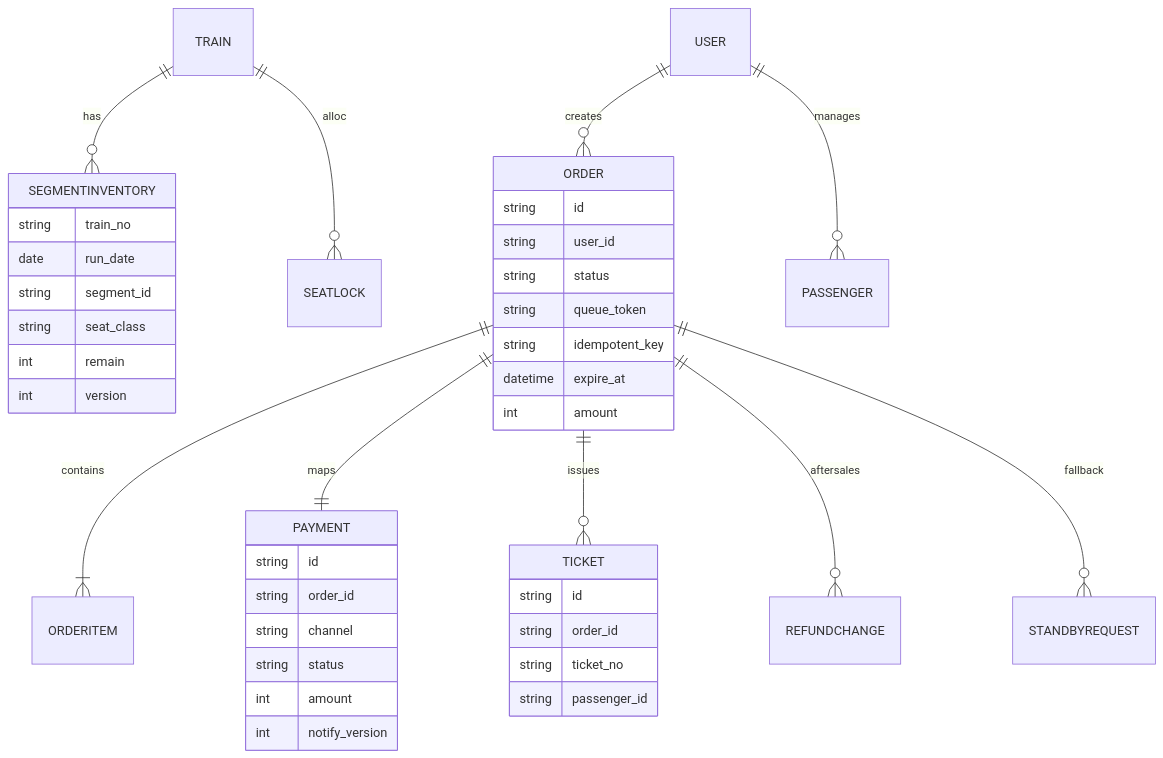
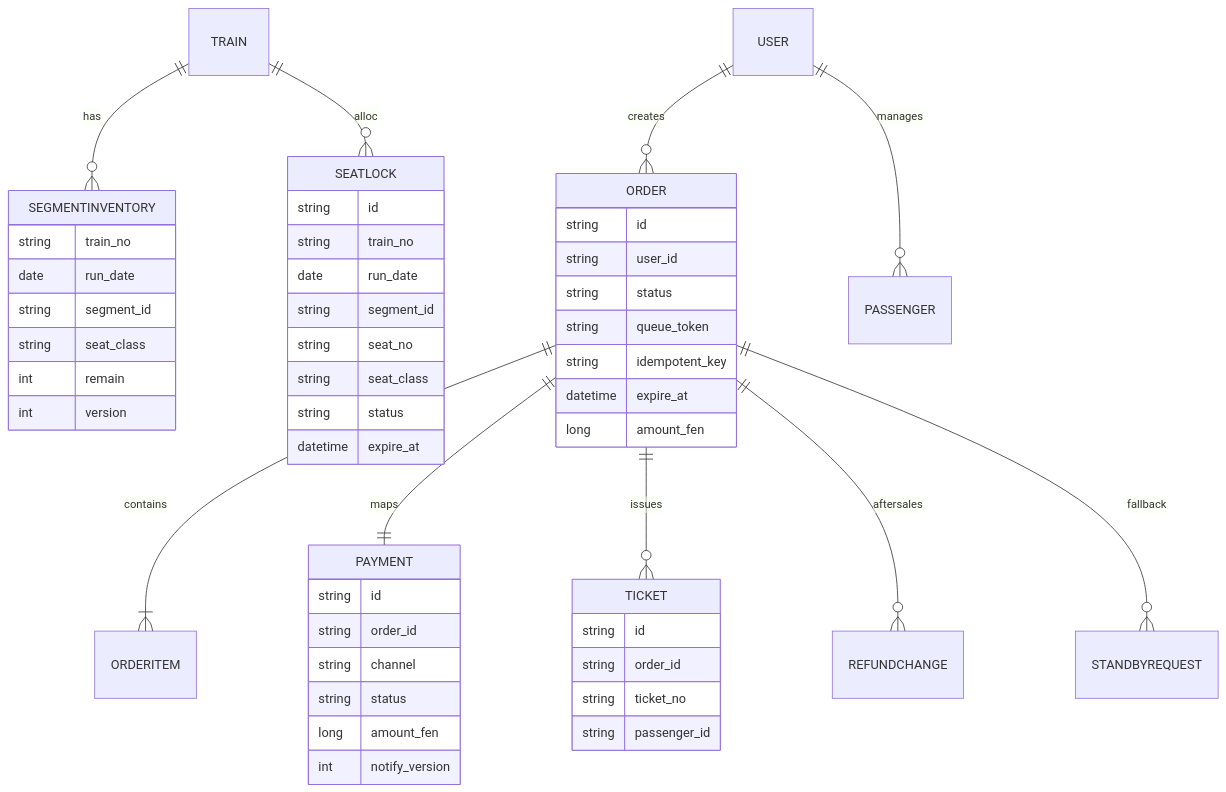
Before and after one commit to nextnine/12306: the third of 5 diagrams in 12306/architectural_design_v2.md, drawn with Mermaid. The commit also changed other lines of this file and 1 other file, not shown here.

Commit message:
Align payment flows and amount types across docs

````diff
--- a/12306/architectural_design_v2.md
+++ b/12306/architectural_design_v2.md
@@ -308,43 +222,53 @@
 ```mermaid
 erDiagram
   TRAIN ||--o{ SEGMENTINVENTORY : has
   TRAIN ||--o{ SEATLOCK : alloc
   ORDER ||--|{ ORDERITEM : contains
   ORDER ||--|| PAYMENT : maps
   ORDER ||--o{ TICKET : issues
   ORDER ||--o{ REFUNDCHANGE : aftersales
   ORDER ||--o{ STANDBYREQUEST : fallback
   USER ||--o{ ORDER : creates
   USER ||--o{ PASSENGER : manages
   SEGMENTINVENTORY {
     string train_no
     date run_date
     string segment_id
     string seat_class
     int remain
     int version
   }
   ORDER {
     string id
     string user_id
     string status
     string queue_token
     string idempotent_key
     datetime expire_at
-    int amount
+    long amount_fen
   }
   PAYMENT {
     string id
     string order_id
     string channel
     string status
-    int amount
+    long amount_fen
     int notify_version
+  }
+  SEATLOCK {
+    string id
+    string train_no
+    date run_date
+    string segment_id
+    string seat_no
+    string seat_class
+    string status
+    datetime expire_at
   }
   TICKET {
     string id
     string order_id
     string ticket_no
     string passenger_id
   }
 ```
````
